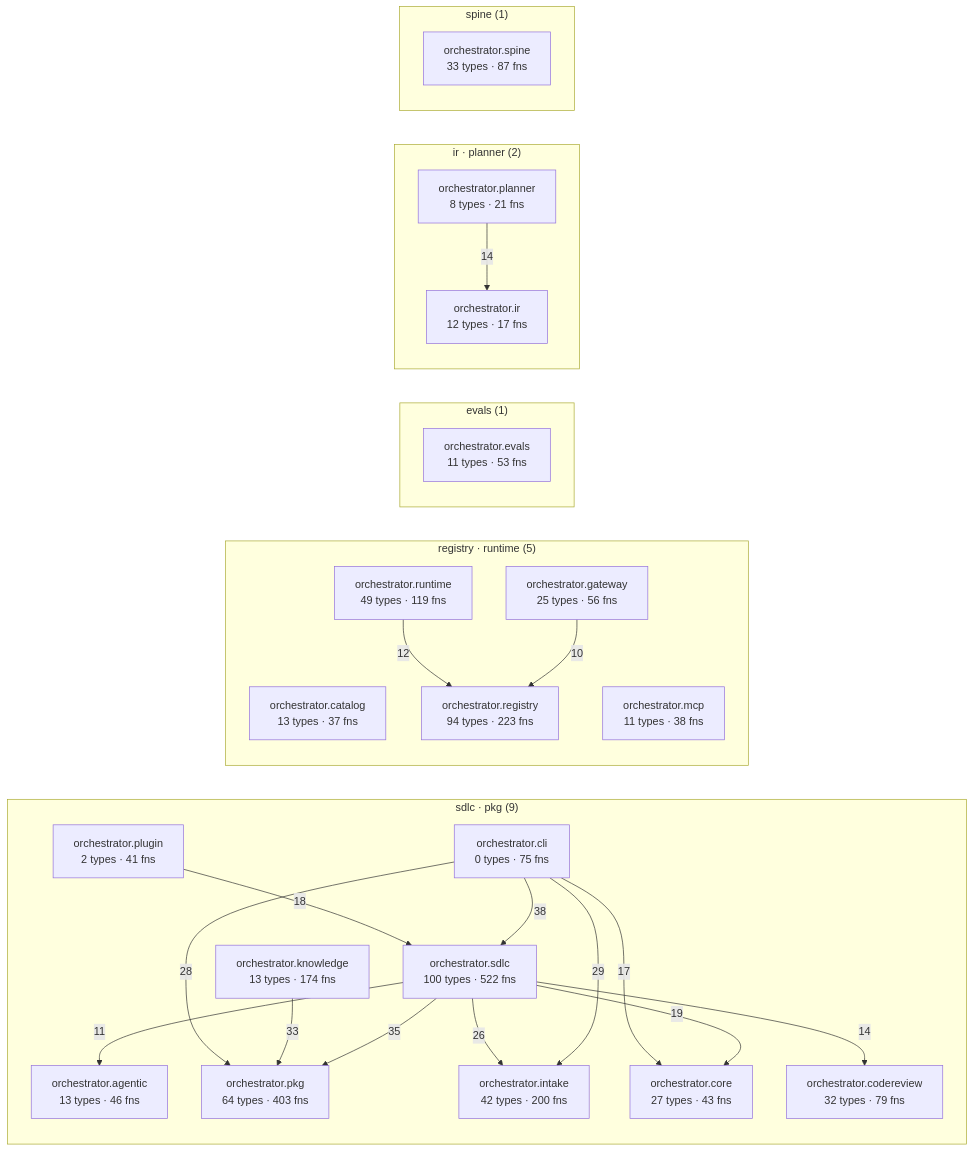
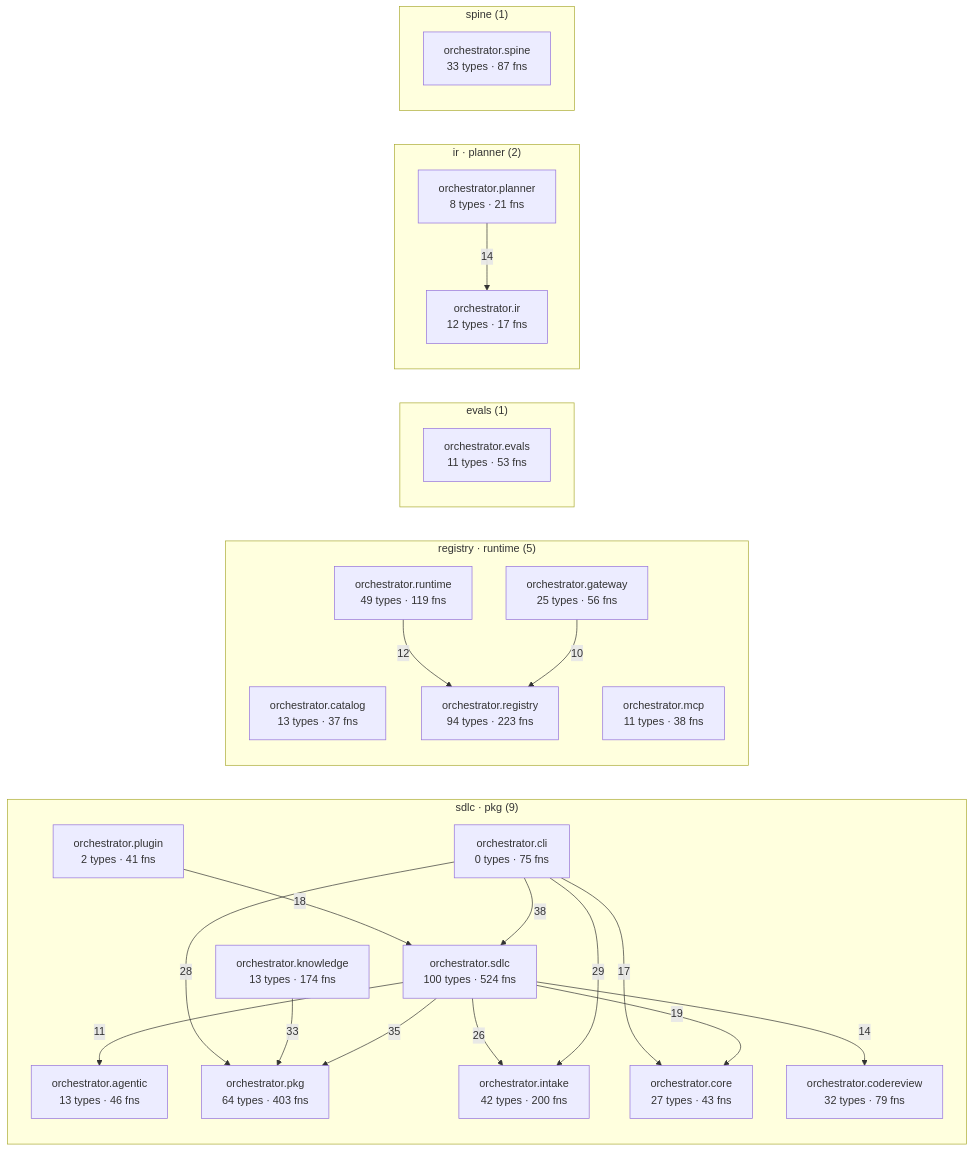
One commit to synaptixs/spine changed the diagram in episteme/architecture.md. Above: the diagram before and after it, drawn with Mermaid. The commit also changed other lines of this file and 18 other files, not shown here.

````diff
--- a/episteme/architecture.md
+++ b/episteme/architecture.md
@@ -54,45 +54,45 @@
 ```mermaid
 flowchart LR
   subgraph c_1["sdlc · pkg (9)"]
     aorchestratoragentic["orchestrator.agentic<br/>13 types · 46 fns"]
     aorchestratorcli["orchestrator.cli<br/>0 types · 75 fns"]
     aorchestratorcodereview["orchestrator.codereview<br/>32 types · 79 fns"]
     aorchestratorcore["orchestrator.core<br/>27 types · 43 fns"]
     aorchestratorintake["orchestrator.intake<br/>42 types · 200 fns"]
     aorchestratorknowledge["orchestrator.knowledge<br/>13 types · 174 fns"]
     aorchestratorpkg["orchestrator.pkg<br/>64 types · 403 fns"]
     aorchestratorplugin["orchestrator.plugin<br/>2 types · 41 fns"]
-    aorchestratorsdlc["orchestrator.sdlc<br/>100 types · 522 fns"]
+    aorchestratorsdlc["orchestrator.sdlc<br/>100 types · 524 fns"]
   end
   subgraph c_3["registry · runtime (5)"]
     aorchestratorcatalog["orchestrator.catalog<br/>13 types · 37 fns"]
     aorchestratorgateway["orchestrator.gateway<br/>25 types · 56 fns"]
     aorchestratormcp["orchestrator.mcp<br/>11 types · 38 fns"]
     aorchestratorregistry["orchestrator.registry<br/>94 types · 223 fns"]
     aorchestratorruntime["orchestrator.runtime<br/>49 types · 119 fns"]
   end
   subgraph c_5["evals (1)"]
     aorchestratorevals["orchestrator.evals<br/>11 types · 53 fns"]
   end
   subgraph c_7["ir · planner (2)"]
     aorchestratorir["orchestrator.ir<br/>12 types · 17 fns"]
     aorchestratorplanner["orchestrator.planner<br/>8 types · 21 fns"]
   end
   subgraph c_10["spine (1)"]
     aorchestratorspine["orchestrator.spine<br/>33 types · 87 fns"]
   end
   aorchestratorcli -->|38| aorchestratorsdlc
   aorchestratorsdlc -->|35| aorchestratorpkg
   aorchestratorknowledge -->|33| aorchestratorpkg
   aorchestratorcli -->|29| aorchestratorintake
   aorchestratorcli -->|28| aorchestratorpkg
   aorchestratorsdlc -->|26| aorchestratorintake
   aorchestratorsdlc -->|19| aorchestratorcore
   aorchestratorplugin -->|18| aorchestratorsdlc
   aorchestratorcli -->|17| aorchestratorcore
   aorchestratorplanner -->|14| aorchestratorir
   aorchestratorsdlc -->|14| aorchestratorcodereview
   aorchestratorruntime -->|12| aorchestratorregistry
   aorchestratorsdlc -->|11| aorchestratoragentic
   aorchestratorgateway -->|10| aorchestratorregistry
 ```
````
